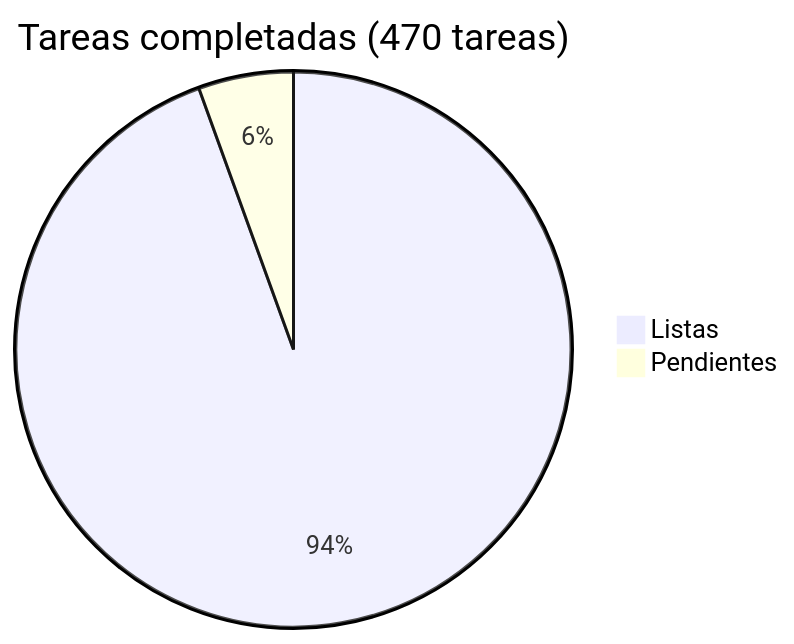
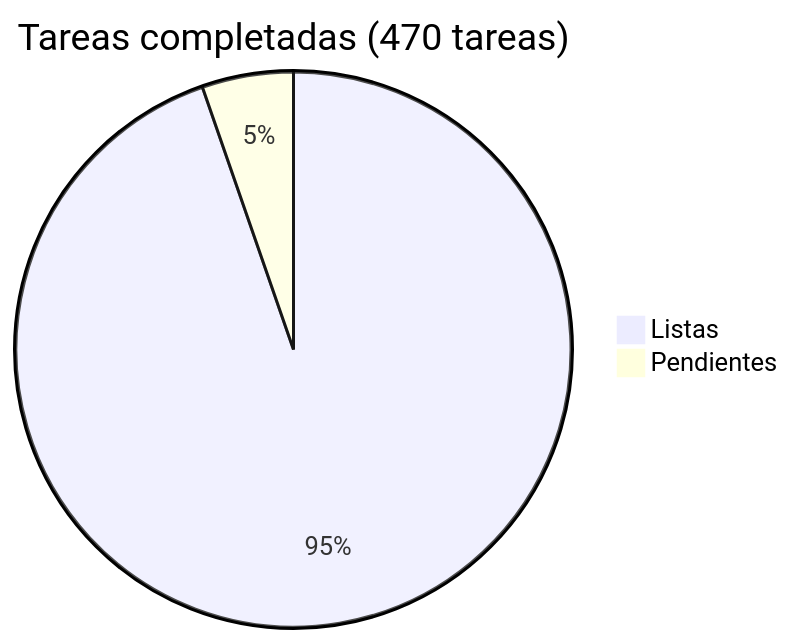
Before and after one commit to araguaney-lat/araguaney: the diagram in docs/roadmap/README.md, drawn with Mermaid. The commit also changed other lines of this file and 8 other files, not shown here.

````diff
--- a/docs/roadmap/README.md
+++ b/docs/roadmap/README.md
@@ -5,5 +5,5 @@
 ```mermaid
 pie title Tareas completadas (470 tareas)
-    "Listas" : 444
-    "Pendientes" : 26
+    "Listas" : 445
+    "Pendientes" : 25
 ```
````
